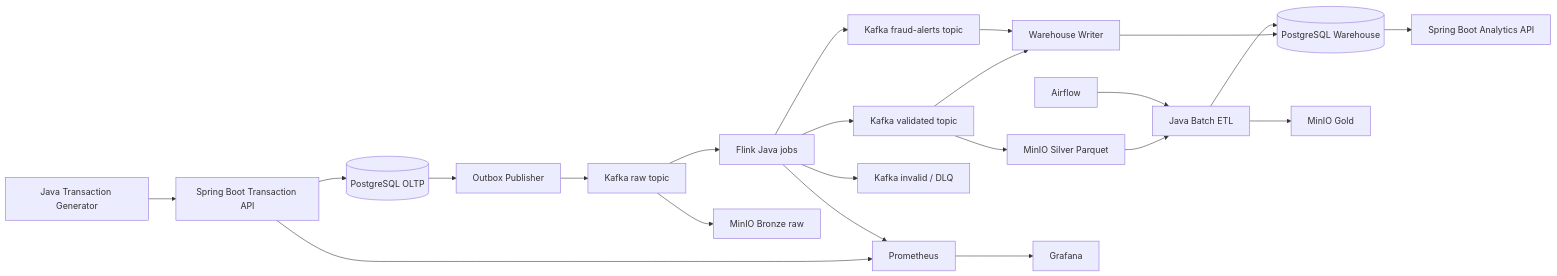
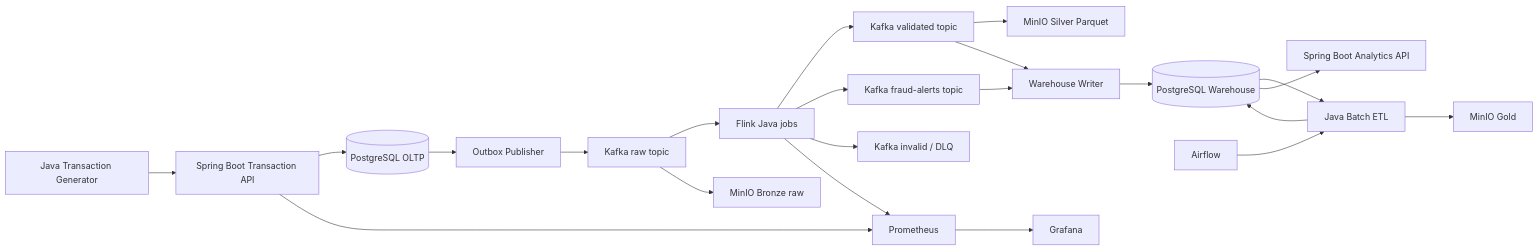
Before and after one commit to hquan07/java-banking-data-platform: the diagram in docs/IMPLEMENTATION.md, drawn with Mermaid. The commit also changed other lines of this file and 28 other files, not shown here.

````diff
--- a/docs/IMPLEMENTATION.md
+++ b/docs/IMPLEMENTATION.md
@@ -87,24 +87,24 @@
 ```mermaid
 flowchart LR
     GEN[Java Transaction Generator] --> API[Spring Boot Transaction API]
     API --> OLTP[(PostgreSQL OLTP)]
     OLTP --> OUT[Outbox Publisher]
     OUT --> RAW[Kafka raw topic]
     RAW --> FLINK[Flink Java jobs]
     FLINK --> VALID[Kafka validated topic]
     FLINK --> FRAUD[Kafka fraud-alerts topic]
     FLINK --> BAD[Kafka invalid / DLQ]
     RAW --> BRONZE[MinIO Bronze raw]
     VALID --> SILVER[MinIO Silver Parquet]
     VALID --> LOAD[Warehouse Writer]
     FRAUD --> LOAD
     LOAD --> DWH[(PostgreSQL Warehouse)]
-    SILVER --> BATCH[Java Batch ETL]
+    DWH --> BATCH[Java Batch ETL]
     AIR[Airflow] --> BATCH
     BATCH --> DWH
     BATCH --> GOLD[MinIO Gold]
     DWH --> ANALYTICS[Spring Boot Analytics API]
     API --> METRICS[Prometheus]
     FLINK --> METRICS
     METRICS --> GRAFANA[Grafana]
 ```
````
